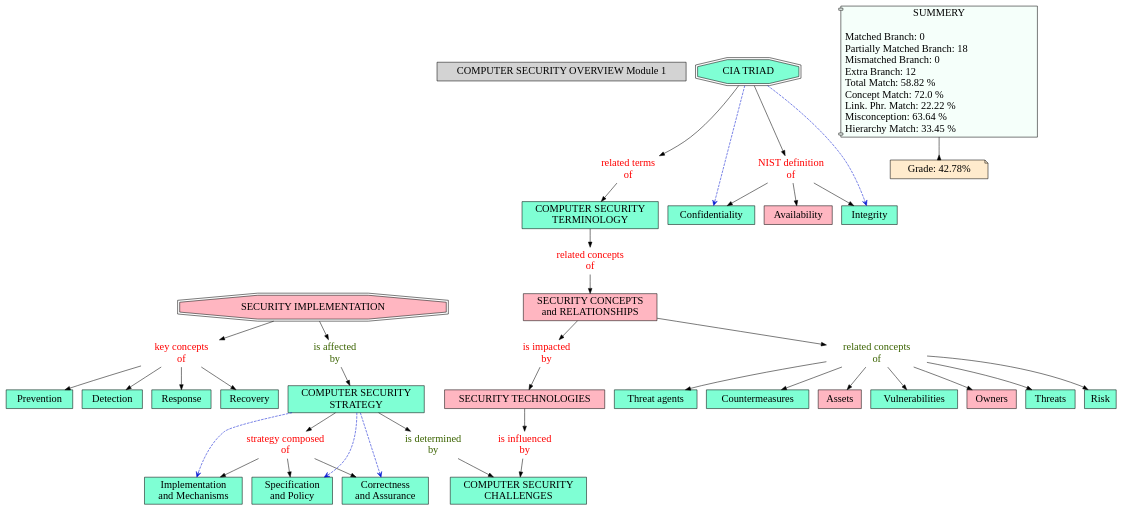
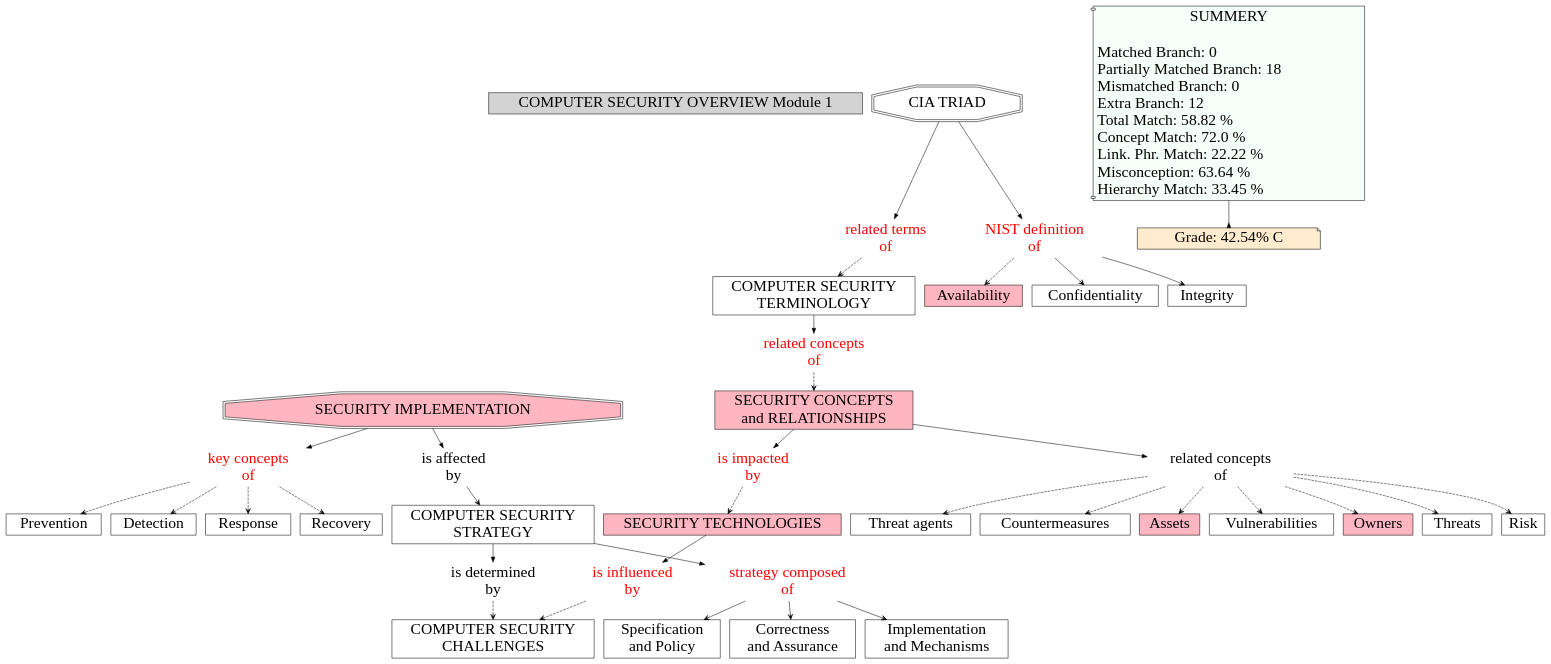
One commit to Masrik-Dahir/Cronus changed the diagram in results/ICSAnonymous6/ICSAnonymous6- CS_Overview.gv. Above: the diagram before and after it, drawn with Graphviz. The commit also changed 8 other files, not shown here.

```diff
--- a/results/ICSAnonymous6/ICSAnonymous6- CS_Overview.gv
+++ b/results/ICSAnonymous6/ICSAnonymous6- CS_Overview.gv
@@ -1,170 +1,165 @@
 // The Round Table
 digraph {
-	"1S2N15Y4S-PD7HZR-PF" [label="COMPUTER SECURITY OVERVIEW Module 1" Gsplines=true fontsize=20 shape=rect style=filled]
+	"1S2N15Y4S-PD7HZR-PF" [label="COMPUTER SECURITY OVERVIEW Module 1" Gsplines=true fontsize=30 shape=rect style=filled]
 	"1S2N4CJCC-221WY2M-3DW" [label="COMPUTER SECURITY 
-TERMINOLOGY" Gsplines=true fillcolor=aquamarine fontsize=20 shape=rect style=filled]
+TERMINOLOGY" Gsplines=true fillcolor=white fontsize=30 shape=rect style=filled]
 	"1S40W3TRP-5XM0N8-4MX" [label="related concepts 
-of" Gsplines=true fontcolor=red fontsize=20 shape=none]
+of" Gsplines=true fontcolor=red fontsize=30 shape=none]
 	"1S2N4CJCC-221WY2M-3DW" -> "1S40W3TRP-5XM0N8-4MX" [constraint=true]
 	"1S2N9W335-1X1MM33-7R7" [label="NIST definition 
-of" Gsplines=true fontcolor=red fontsize=20 shape=none]
-	"1S2N2QJK8-2MGKG0-1WB" [label=Availability Gsplines=true fillcolor="#FFB6C1" fontsize=20 shape=rect style=filled]
-	"1S2N9W335-1X1MM33-7R7" -> "1S2N2QJK8-2MGKG0-1WB" [constraint=true]
+of" Gsplines=true fontcolor=red fontsize=30 shape=none]
+	"1S2N2QJK8-2MGKG0-1WB" [label=Availability Gsplines=true fillcolor="#FFB6C1" fontsize=30 shape=rect style=filled]
+	"1S2N9W335-1X1MM33-7R7" -> "1S2N2QJK8-2MGKG0-1WB" [arrowhead=open constraint=true fontsize=30 style=dashed]
 	"1S40W28FJ-28MH6R0-4LH" [label="is impacted 
-by" Gsplines=true fontcolor=red fontsize=20 shape=none]
+by" Gsplines=true fontcolor=red fontsize=30 shape=none]
 	"1S2N37JQK-1QD35BF-29C" [label="SECURITY TECHNOLOGIES
-" Gsplines=true fillcolor="#FFB6C1" fontsize=20 shape=rect style=filled]
-	"1S40W28FJ-28MH6R0-4LH" -> "1S2N37JQK-1QD35BF-29C" [constraint=true]
+" Gsplines=true fillcolor="#FFB6C1" fontsize=30 shape=rect style=filled]
+	"1S40W28FJ-28MH6R0-4LH" -> "1S2N37JQK-1QD35BF-29C" [arrowhead=open constraint=true fontsize=30 style=dashed]
 	"1S2N9W335-1X1MM33-7R7" [label="NIST definition 
-of" Gsplines=true fontcolor=red fontsize=20 shape=none]
-	"1S2N2QFDZ-125J02H-1W2" [label=Confidentiality Gsplines=true fillcolor=aquamarine fontsize=20 shape=rect style=filled]
-	"1S2N9W335-1X1MM33-7R7" -> "1S2N2QFDZ-125J02H-1W2" [constraint=true]
+of" Gsplines=true fontcolor=red fontsize=30 shape=none]
+	"1S2N2QFDZ-125J02H-1W2" [label=Confidentiality Gsplines=true fillcolor=white fontsize=30 shape=rect style=filled]
+	"1S2N9W335-1X1MM33-7R7" -> "1S2N2QFDZ-125J02H-1W2" [arrowhead=open constraint=true fontsize=30]
 	"1S2NC97F5-12W2H9P-9D9" [label="related concepts 
-of" Gsplines=true fontcolor="#3B6300" fontsize=20 shape=none]
-	"1S2N9Y7LC-1S38ZQN-7TS" [label=Vulnerabilities Gsplines=true fillcolor=aquamarine fontsize=20 shape=rect style=filled]
-	"1S2NC97F5-12W2H9P-9D9" -> "1S2N9Y7LC-1S38ZQN-7TS" [constraint=true]
+of" Gsplines=true fontcolor=black fontsize=30 shape=none]
+	"1S2N9Y7LC-1S38ZQN-7TS" [label=Vulnerabilities Gsplines=true fillcolor=white fontsize=30 shape=rect style=filled]
+	"1S2NC97F5-12W2H9P-9D9" -> "1S2N9Y7LC-1S38ZQN-7TS" [arrowhead=open constraint=true fontsize=30 style=dashed]
 	"1S2NC97F5-12W2H9P-9D9" [label="related concepts 
-of" Gsplines=true fontcolor="#3B6300" fontsize=20 shape=none]
-	"1S2N9XTTG-89GLF9-7T0" [label=Owners Gsplines=true fillcolor="#FFB6C1" fontsize=20 shape=rect style=filled]
-	"1S2NC97F5-12W2H9P-9D9" -> "1S2N9XTTG-89GLF9-7T0" [constraint=true]
+of" Gsplines=true fontcolor=black fontsize=30 shape=none]
+	"1S2N9XTTG-89GLF9-7T0" [label=Owners Gsplines=true fillcolor="#FFB6C1" fontsize=30 shape=rect style=filled]
+	"1S2NC97F5-12W2H9P-9D9" -> "1S2N9XTTG-89GLF9-7T0" [arrowhead=open constraint=true fontsize=30 style=dashed]
 	"1S40W5FJP-1H8CKMB-4Q5" [label="is determined 
-by" Gsplines=true fontcolor="#3B6300" fontsize=20 shape=none]
+by" Gsplines=true fontcolor=black fontsize=30 shape=none]
 	"1S2N4BP56-191G7G6-3C7" [label="COMPUTER SECURITY 
-CHALLENGES" Gsplines=true fillcolor=aquamarine fontsize=20 shape=rect style=filled]
-	"1S40W5FJP-1H8CKMB-4Q5" -> "1S2N4BP56-191G7G6-3C7" [constraint=true]
+CHALLENGES" Gsplines=true fillcolor=white fontsize=30 shape=rect style=filled]
+	"1S40W5FJP-1H8CKMB-4Q5" -> "1S2N4BP56-191G7G6-3C7" [arrowhead=open constraint=true fontsize=30 style=dashed]
 	"1S2NC97F5-12W2H9P-9D9" [label="related concepts 
-of" Gsplines=true fontcolor="#3B6300" fontsize=20 shape=none]
-	"1S2N9Y6GS-13WYC0L-7TN" [label=Threats Gsplines=true fillcolor=aquamarine fontsize=20 shape=rect style=filled]
-	"1S2NC97F5-12W2H9P-9D9" -> "1S2N9Y6GS-13WYC0L-7TN" [constraint=true]
+of" Gsplines=true fontcolor=black fontsize=30 shape=none]
+	"1S2N9Y6GS-13WYC0L-7TN" [label=Threats Gsplines=true fillcolor=white fontsize=30 shape=rect style=filled]
+	"1S2NC97F5-12W2H9P-9D9" -> "1S2N9Y6GS-13WYC0L-7TN" [arrowhead=open constraint=true fontsize=30 style=dashed]
 	"1S2N37JQK-1QD35BF-29C" [label="SECURITY TECHNOLOGIES
-" Gsplines=true fillcolor="#FFB6C1" fontsize=20 shape=rect style=filled]
+" Gsplines=true fillcolor="#FFB6C1" fontsize=30 shape=rect style=filled]
 	"1S40W597S-1B0XBLY-4PW" [label="is influenced 
-by" Gsplines=true fontcolor=red fontsize=20 shape=none]
+by" Gsplines=true fontcolor=red fontsize=30 shape=none]
 	"1S2N37JQK-1QD35BF-29C" -> "1S40W597S-1B0XBLY-4PW" [constraint=true]
 	"1S2N2T317-72PL5N-1Y2" [label="SECURITY IMPLEMENTATION
-" Gsplines=true fillcolor="#FFB6C1" fontsize=20 shape=doubleoctagon style=filled]
+" Gsplines=true fillcolor="#FFB6C1" fontsize=30 shape=doubleoctagon style=filled]
 	"1S40W5Y1W-1HR8CYL-4RJ" [label="is affected 
-by" Gsplines=true fontcolor="#3B6300" fontsize=20 shape=none]
+by" Gsplines=true fontcolor=black fontsize=30 shape=none]
 	"1S2N2T317-72PL5N-1Y2" -> "1S40W5Y1W-1HR8CYL-4RJ" [constraint=true]
 	"1S2N9TH84-2BNZQKD-7NV" [label="key concepts 
-of" Gsplines=true fontcolor=red fontsize=20 shape=none]
-	"1S2N2TY6L-1DTJFMF-1Z9" [label=Recovery Gsplines=true fillcolor=aquamarine fontsize=20 shape=rect style=filled]
-	"1S2N9TH84-2BNZQKD-7NV" -> "1S2N2TY6L-1DTJFMF-1Z9" [constraint=true]
+of" Gsplines=true fontcolor=red fontsize=30 shape=none]
+	"1S2N2TY6L-1DTJFMF-1Z9" [label=Recovery Gsplines=true fillcolor=white fontsize=30 shape=rect style=filled]
+	"1S2N9TH84-2BNZQKD-7NV" -> "1S2N2TY6L-1DTJFMF-1Z9" [arrowhead=open constraint=true fontsize=30 style=dashed]
 	"1S2N9W335-1X1MM33-7R7" [label="NIST definition 
-of" Gsplines=true fontcolor=red fontsize=20 shape=none]
-	"1S2N2QH19-BSV73-1W6" [label=Integrity Gsplines=true fillcolor=aquamarine fontsize=20 shape=rect style=filled]
-	"1S2N9W335-1X1MM33-7R7" -> "1S2N2QH19-BSV73-1W6" [constraint=true]
+of" Gsplines=true fontcolor=red fontsize=30 shape=none]
+	"1S2N2QH19-BSV73-1W6" [label=Integrity Gsplines=true fillcolor=white fontsize=30 shape=rect style=filled]
+	"1S2N9W335-1X1MM33-7R7" -> "1S2N2QH19-BSV73-1W6" [arrowhead=open constraint=true fontsize=30]
 	"1S2N9P7L3-26DPZBQ-7J6" [label="strategy composed 
-of" Gsplines=true fontcolor=red fontsize=20 shape=none]
+of" Gsplines=true fontcolor=red fontsize=30 shape=none]
 	"1S2N31CWZ-101XCDZ-25K" [label="Specification 
 and Policy
-" Gsplines=true fillcolor=aquamarine fontsize=20 shape=rect style=filled]
-	"1S2N9P7L3-26DPZBQ-7J6" -> "1S2N31CWZ-101XCDZ-25K" [constraint=true]
+" Gsplines=true fillcolor=white fontsize=30 shape=rect style=filled]
+	"1S2N9P7L3-26DPZBQ-7J6" -> "1S2N31CWZ-101XCDZ-25K" [arrowhead=open constraint=true fontsize=30]
 	"1S40W5Y1W-1HR8CYL-4RJ" [label="is affected 
-by" Gsplines=true fontcolor="#3B6300" fontsize=20 shape=none]
+by" Gsplines=true fontcolor=black fontsize=30 shape=none]
 	"1S2N30VGK-1HH2KXZ-24K" [label="COMPUTER SECURITY 
-STRATEGY" Gsplines=true fillcolor=aquamarine fontsize=20 shape=rect style=filled]
-	"1S40W5Y1W-1HR8CYL-4RJ" -> "1S2N30VGK-1HH2KXZ-24K" [constraint=true]
+STRATEGY" Gsplines=true fillcolor=white fontsize=30 shape=rect style=filled]
+	"1S40W5Y1W-1HR8CYL-4RJ" -> "1S2N30VGK-1HH2KXZ-24K" [arrowhead=open constraint=true fontsize=30]
 	"1S2N9TH84-2BNZQKD-7NV" [label="key concepts 
-of" Gsplines=true fontcolor=red fontsize=20 shape=none]
-	"1S2N2V04Z-LSQNG2-1ZF" [label=Prevention Gsplines=true fillcolor=aquamarine fontsize=20 shape=rect style=filled]
-	"1S2N9TH84-2BNZQKD-7NV" -> "1S2N2V04Z-LSQNG2-1ZF" [constraint=true]
+of" Gsplines=true fontcolor=red fontsize=30 shape=none]
+	"1S2N2V04Z-LSQNG2-1ZF" [label=Prevention Gsplines=true fillcolor=white fontsize=30 shape=rect style=filled]
+	"1S2N9TH84-2BNZQKD-7NV" -> "1S2N2V04Z-LSQNG2-1ZF" [arrowhead=open constraint=true fontsize=30 style=dashed]
 	"1S2NC97F5-12W2H9P-9D9" [label="related concepts 
-of" Gsplines=true fontcolor="#3B6300" fontsize=20 shape=none]
-	"1S2NB1K4F-1NXMNBH-7XG" [label=Risk Gsplines=true fillcolor=aquamarine fontsize=20 shape=rect style=filled]
-	"1S2NC97F5-12W2H9P-9D9" -> "1S2NB1K4F-1NXMNBH-7XG" [constraint=true]
+of" Gsplines=true fontcolor=black fontsize=30 shape=none]
+	"1S2NB1K4F-1NXMNBH-7XG" [label=Risk Gsplines=true fillcolor=white fontsize=30 shape=rect style=filled]
+	"1S2NC97F5-12W2H9P-9D9" -> "1S2NB1K4F-1NXMNBH-7XG" [arrowhead=open constraint=true fontsize=30 style=dashed]
 	"1S2N9P7L3-26DPZBQ-7J6" [label="strategy composed 
-of" Gsplines=true fontcolor=red fontsize=20 shape=none]
+of" Gsplines=true fontcolor=red fontsize=30 shape=none]
 	"1S2N31GJJ-Y99VVD-25T" [label="Correctness 
 and Assurance
-" Gsplines=true fillcolor=aquamarine fontsize=20 shape=rect style=filled]
-	"1S2N9P7L3-26DPZBQ-7J6" -> "1S2N31GJJ-Y99VVD-25T" [constraint=true]
+" Gsplines=true fillcolor=white fontsize=30 shape=rect style=filled]
+	"1S2N9P7L3-26DPZBQ-7J6" -> "1S2N31GJJ-Y99VVD-25T" [arrowhead=open constraint=true fontsize=30]
 	"1S2NC97F5-12W2H9P-9D9" [label="related concepts 
-of" Gsplines=true fontcolor="#3B6300" fontsize=20 shape=none]
+of" Gsplines=true fontcolor=black fontsize=30 shape=none]
 	"1S2N9Y55H-2D7W5GB-7TJ" [label="Threat agents
-" Gsplines=true fillcolor=aquamarine fontsize=20 shape=rect style=filled]
-	"1S2NC97F5-12W2H9P-9D9" -> "1S2N9Y55H-2D7W5GB-7TJ" [constraint=true]
+" Gsplines=true fillcolor=white fontsize=30 shape=rect style=filled]
+	"1S2NC97F5-12W2H9P-9D9" -> "1S2N9Y55H-2D7W5GB-7TJ" [arrowhead=open constraint=true fontsize=30 style=dashed]
 	"1S2NC97F5-12W2H9P-9D9" [label="related concepts 
-of" Gsplines=true fontcolor="#3B6300" fontsize=20 shape=none]
-	"1S2N9Y40X-1S5GM4K-7TD" [label=Countermeasures Gsplines=true fillcolor=aquamarine fontsize=20 shape=rect style=filled]
-	"1S2NC97F5-12W2H9P-9D9" -> "1S2N9Y40X-1S5GM4K-7TD" [constraint=true]
+of" Gsplines=true fontcolor=black fontsize=30 shape=none]
+	"1S2N9Y40X-1S5GM4K-7TD" [label=Countermeasures Gsplines=true fillcolor=white fontsize=30 shape=rect style=filled]
+	"1S2NC97F5-12W2H9P-9D9" -> "1S2N9Y40X-1S5GM4K-7TD" [arrowhead=open constraint=true fontsize=30 style=dashed]
 	"1S40W597S-1B0XBLY-4PW" [label="is influenced 
-by" Gsplines=true fontcolor=red fontsize=20 shape=none]
+by" Gsplines=true fontcolor=red fontsize=30 shape=none]
 	"1S2N4BP56-191G7G6-3C7" [label="COMPUTER SECURITY 
-CHALLENGES" Gsplines=true fillcolor=aquamarine fontsize=20 shape=rect style=filled]
-	"1S40W597S-1B0XBLY-4PW" -> "1S2N4BP56-191G7G6-3C7" [constraint=true]
+CHALLENGES" Gsplines=true fillcolor=white fontsize=30 shape=rect style=filled]
+	"1S40W597S-1B0XBLY-4PW" -> "1S2N4BP56-191G7G6-3C7" [arrowhead=open constraint=true fontsize=30 style=dashed]
 	"1S2N30VGK-1HH2KXZ-24K" [label="COMPUTER SECURITY 
-STRATEGY" Gsplines=true fillcolor=aquamarine fontsize=20 shape=rect style=filled]
+STRATEGY" Gsplines=true fillcolor=white fontsize=30 shape=rect style=filled]
 	"1S2N9P7L3-26DPZBQ-7J6" [label="strategy composed 
-of" Gsplines=true fontcolor=red fontsize=20 shape=none]
+of" Gsplines=true fontcolor=red fontsize=30 shape=none]
 	"1S2N30VGK-1HH2KXZ-24K" -> "1S2N9P7L3-26DPZBQ-7J6" [constraint=true]
 	"1S2N6TMV3-14Z55M9-3YH" [label="SECURITY CONCEPTS 
 and RELATIONSHIPS
-" Gsplines=true fillcolor="#FFB6C1" fontsize=20 shape=rect style=filled]
+" Gsplines=true fillcolor="#FFB6C1" fontsize=30 shape=rect style=filled]
 	"1S40W28FJ-28MH6R0-4LH" [label="is impacted 
-by" Gsplines=true fontcolor=red fontsize=20 shape=none]
+by" Gsplines=true fontcolor=red fontsize=30 shape=none]
 	"1S2N6TMV3-14Z55M9-3YH" -> "1S40W28FJ-28MH6R0-4LH" [constraint=true]
-	"1S2N2Q513-1L04NLV-1VM" [label="CIA TRIAD" Gsplines=true fillcolor=aquamarine fontsize=20 shape=doubleoctagon style=filled]
+	"1S2N2Q513-1L04NLV-1VM" [label="CIA TRIAD" Gsplines=true fillcolor=white fontsize=30 shape=doubleoctagon style=filled]
 	"1S2N9W335-1X1MM33-7R7" [label="NIST definition 
-of" Gsplines=true fontcolor=red fontsize=20 shape=none]
+of" Gsplines=true fontcolor=red fontsize=30 shape=none]
 	"1S2N2Q513-1L04NLV-1VM" -> "1S2N9W335-1X1MM33-7R7" [constraint=true]
-	"1S2N2Q513-1L04NLV-1VM" [label="CIA TRIAD" Gsplines=true fillcolor=aquamarine fontsize=20 shape=doubleoctagon style=filled]
+	"1S2N2Q513-1L04NLV-1VM" [label="CIA TRIAD" Gsplines=true fillcolor=white fontsize=30 shape=doubleoctagon style=filled]
 	"1S40W0T6H-177H35R-4J7" [label="related terms 
-of" Gsplines=true fontcolor=red fontsize=20 shape=none]
+of" Gsplines=true fontcolor=red fontsize=30 shape=none]
 	"1S2N2Q513-1L04NLV-1VM" -> "1S40W0T6H-177H35R-4J7" [constraint=true]
 	"1S2NC97F5-12W2H9P-9D9" [label="related concepts 
-of" Gsplines=true fontcolor="#3B6300" fontsize=20 shape=none]
-	"1S2N9ZTPF-1DR1N0S-7WS" [label=Assets Gsplines=true fillcolor="#FFB6C1" fontsize=20 shape=rect style=filled]
-	"1S2NC97F5-12W2H9P-9D9" -> "1S2N9ZTPF-1DR1N0S-7WS" [constraint=true]
+of" Gsplines=true fontcolor=black fontsize=30 shape=none]
+	"1S2N9ZTPF-1DR1N0S-7WS" [label=Assets Gsplines=true fillcolor="#FFB6C1" fontsize=30 shape=rect style=filled]
+	"1S2NC97F5-12W2H9P-9D9" -> "1S2N9ZTPF-1DR1N0S-7WS" [arrowhead=open constraint=true fontsize=30 style=dashed]
 	"1S2N30VGK-1HH2KXZ-24K" [label="COMPUTER SECURITY 
-STRATEGY" Gsplines=true fillcolor=aquamarine fontsize=20 shape=rect style=filled]
+STRATEGY" Gsplines=true fillcolor=white fontsize=30 shape=rect style=filled]
 	"1S40W5FJP-1H8CKMB-4Q5" [label="is determined 
-by" Gsplines=true fontcolor="#3B6300" fontsize=20 shape=none]
+by" Gsplines=true fontcolor=black fontsize=30 shape=none]
 	"1S2N30VGK-1HH2KXZ-24K" -> "1S40W5FJP-1H8CKMB-4Q5" [constraint=true]
 	"1S2N9P7L3-26DPZBQ-7J6" [label="strategy composed 
-of" Gsplines=true fontcolor=red fontsize=20 shape=none]
+of" Gsplines=true fontcolor=red fontsize=30 shape=none]
 	"1S2N31F5G-6HHPHY-25P" [label="Implementation 
 and Mechanisms
-" Gsplines=true fillcolor=aquamarine fontsize=20 shape=rect style=filled]
-	"1S2N9P7L3-26DPZBQ-7J6" -> "1S2N31F5G-6HHPHY-25P" [constraint=true]
+" Gsplines=true fillcolor=white fontsize=30 shape=rect style=filled]
+	"1S2N9P7L3-26DPZBQ-7J6" -> "1S2N31F5G-6HHPHY-25P" [arrowhead=open constraint=true fontsize=30]
 	"1S2N9TH84-2BNZQKD-7NV" [label="key concepts 
-of" Gsplines=true fontcolor=red fontsize=20 shape=none]
-	"1S2N2TT3M-3XX8V7-1Z1" [label=Detection Gsplines=true fillcolor=aquamarine fontsize=20 shape=rect style=filled]
-	"1S2N9TH84-2BNZQKD-7NV" -> "1S2N2TT3M-3XX8V7-1Z1" [constraint=true]
+of" Gsplines=true fontcolor=red fontsize=30 shape=none]
+	"1S2N2TT3M-3XX8V7-1Z1" [label=Detection Gsplines=true fillcolor=white fontsize=30 shape=rect style=filled]
+	"1S2N9TH84-2BNZQKD-7NV" -> "1S2N2TT3M-3XX8V7-1Z1" [arrowhead=open constraint=true fontsize=30 style=dashed]
 	"1S2N9TH84-2BNZQKD-7NV" [label="key concepts 
-of" Gsplines=true fontcolor=red fontsize=20 shape=none]
-	"1S2N2TWB1-G4C2L6-1Z5" [label=Response Gsplines=true fillcolor=aquamarine fontsize=20 shape=rect style=filled]
-	"1S2N9TH84-2BNZQKD-7NV" -> "1S2N2TWB1-G4C2L6-1Z5" [constraint=true]
+of" Gsplines=true fontcolor=red fontsize=30 shape=none]
+	"1S2N2TWB1-G4C2L6-1Z5" [label=Response Gsplines=true fillcolor=white fontsize=30 shape=rect style=filled]
+	"1S2N9TH84-2BNZQKD-7NV" -> "1S2N2TWB1-G4C2L6-1Z5" [arrowhead=open constraint=true fontsize=30 style=dashed]
 	"1S40W0T6H-177H35R-4J7" [label="related terms 
-of" Gsplines=true fontcolor=red fontsize=20 shape=none]
+of" Gsplines=true fontcolor=red fontsize=30 shape=none]
 	"1S2N4CJCC-221WY2M-3DW" [label="COMPUTER SECURITY 
-TERMINOLOGY" Gsplines=true fillcolor=aquamarine fontsize=20 shape=rect style=filled]
-	"1S40W0T6H-177H35R-4J7" -> "1S2N4CJCC-221WY2M-3DW" [constraint=true]
+TERMINOLOGY" Gsplines=true fillcolor=white fontsize=30 shape=rect style=filled]
+	"1S40W0T6H-177H35R-4J7" -> "1S2N4CJCC-221WY2M-3DW" [arrowhead=open constraint=true fontsize=30 style=dashed]
 	"1S2N6TMV3-14Z55M9-3YH" [label="SECURITY CONCEPTS 
 and RELATIONSHIPS
-" Gsplines=true fillcolor="#FFB6C1" fontsize=20 shape=rect style=filled]
+" Gsplines=true fillcolor="#FFB6C1" fontsize=30 shape=rect style=filled]
 	"1S2NC97F5-12W2H9P-9D9" [label="related concepts 
-of" Gsplines=true fontcolor="#3B6300" fontsize=20 shape=none]
+of" Gsplines=true fontcolor=black fontsize=30 shape=none]
 	"1S2N6TMV3-14Z55M9-3YH" -> "1S2NC97F5-12W2H9P-9D9" [constraint=true]
 	"1S40W3TRP-5XM0N8-4MX" [label="related concepts 
-of" Gsplines=true fontcolor=red fontsize=20 shape=none]
+of" Gsplines=true fontcolor=red fontsize=30 shape=none]
 	"1S2N6TMV3-14Z55M9-3YH" [label="SECURITY CONCEPTS 
 and RELATIONSHIPS
-" Gsplines=true fillcolor="#FFB6C1" fontsize=20 shape=rect style=filled]
-	"1S40W3TRP-5XM0N8-4MX" -> "1S2N6TMV3-14Z55M9-3YH" [constraint=true]
+" Gsplines=true fillcolor="#FFB6C1" fontsize=30 shape=rect style=filled]
+	"1S40W3TRP-5XM0N8-4MX" -> "1S2N6TMV3-14Z55M9-3YH" [arrowhead=open constraint=true fontsize=30 style=dashed]
 	"1S2N2T317-72PL5N-1Y2" [label="SECURITY IMPLEMENTATION
-" Gsplines=true fillcolor="#FFB6C1" fontsize=20 shape=doubleoctagon style=filled]
+" Gsplines=true fillcolor="#FFB6C1" fontsize=30 shape=doubleoctagon style=filled]
 	"1S2N9TH84-2BNZQKD-7NV" [label="key concepts 
-of" Gsplines=true fontcolor=red fontsize=20 shape=none]
+of" Gsplines=true fontcolor=red fontsize=30 shape=none]
 	"1S2N2T317-72PL5N-1Y2" -> "1S2N9TH84-2BNZQKD-7NV" [constraint=true]
 	Stat [label="SUMMERY
 
-Matched Branch:			0\lPartially Matched Branch:	18\lMismatched Branch:		0\lExtra Branch:				12\lTotal Match:		58.82 %\lConcept Match:	72.0 %\lLink. Phr. Match:	22.22 %\lMisconception:	63.64 %\lHierarchy Match:	33.45 %\l" Gsplines=true fillcolor="#F5FFFA" fontsize=20 shape=component style=filled]
-	Grade [label="Grade:	42.78%" Gsplines=true fillcolor="#FFEBCD" fontsize=20 shape=note style=filled]
-	Stat -> Grade [arrowhead=inv color=black constraint=true]
-	"1S2N2Q513-1L04NLV-1VM" -> "1S2N2QFDZ-125J02H-1W2" [arrowhead=open color="#0316D1" constraint=true style=dashed]
-	"1S2N2Q513-1L04NLV-1VM" -> "1S2N2QH19-BSV73-1W6" [arrowhead=open color="#0316D1" constraint=true style=dashed]
-	"1S2N30VGK-1HH2KXZ-24K" -> "1S2N31CWZ-101XCDZ-25K" [arrowhead=open color="#0316D1" constraint=true style=dashed]
-	"1S2N30VGK-1HH2KXZ-24K" -> "1S2N31F5G-6HHPHY-25P" [arrowhead=open color="#0316D1" constraint=true style=dashed]
-	"1S2N30VGK-1HH2KXZ-24K" -> "1S2N31GJJ-Y99VVD-25T" [arrowhead=open color="#0316D1" constraint=true style=dashed]
+Matched Branch:			0\lPartially Matched Branch:	18\lMismatched Branch:		0\lExtra Branch:				12\lTotal Match:		58.82 %\lConcept Match:	72.0 %\lLink. Phr. Match:	22.22 %\lMisconception:	63.64 %\lHierarchy Match:	33.45 %\l" Gsplines=true fillcolor="#F5FFFA" fontsize=30 shape=component style=filled]
+	Grade [label="Grade:	42.54%	C" Gsplines=true fillcolor="#FFEBCD" fontsize=30 shape=note style=filled]
+	Stat -> Grade [arrowhead=inv color=black constraint=true fontsize=30]
 }
```
